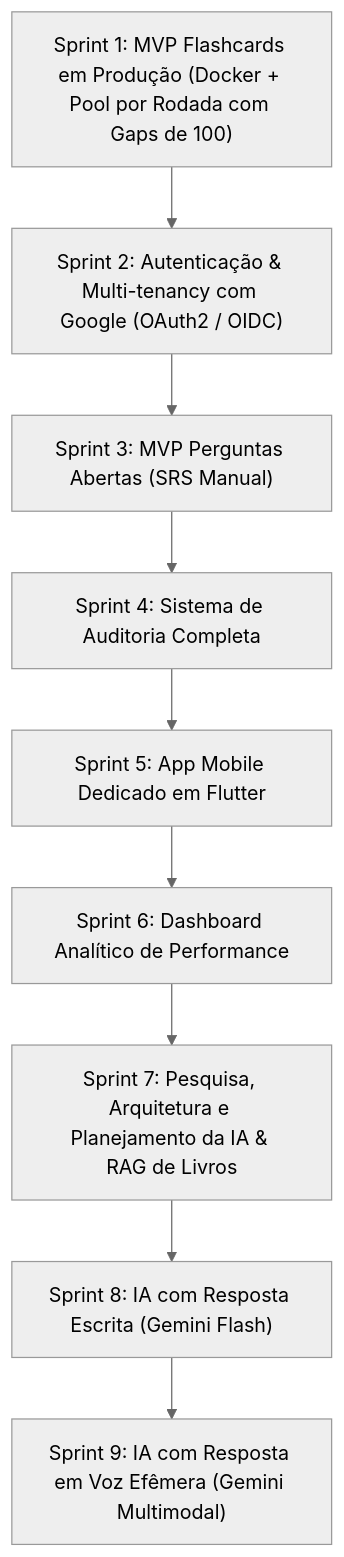
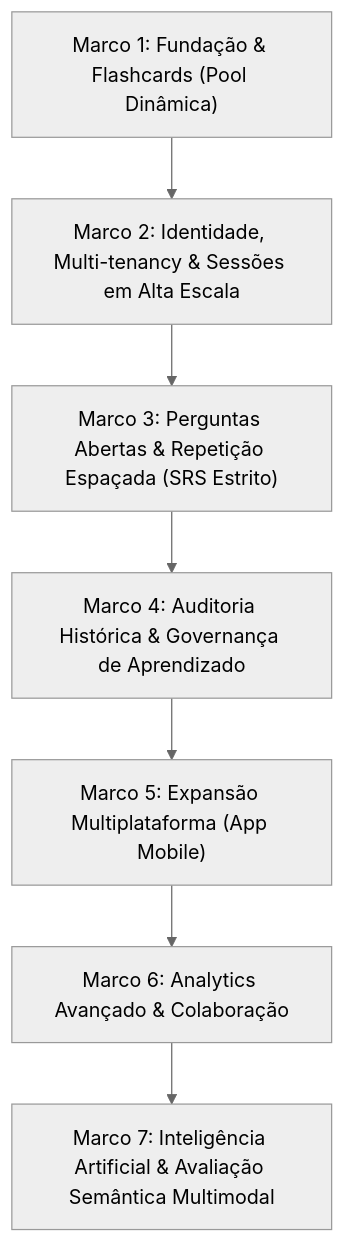
The fourth of 4 diagrams in PRD.md (gabrielffreitas94-commits/study_reviewer), drawn with Mermaid (neutral theme) before and after one commit. The commit also changed other lines of this file, not shown here.

Commit message:
docs(prd): update PRD to v7.0 with high-scale architecture and strategic product milestones

````diff
--- a/PRD.md
+++ b/PRD.md
@@ -241,11 +263,9 @@
 ```mermaid
 flowchart TD
-    S1["Sprint 1: MVP Flashcards em Produção (Docker + Pool por Rodada com Gaps de 100)"] --> S2["Sprint 2: Autenticação & Multi-tenancy com Google (OAuth2 / OIDC)"]
-    S2 --> S3["Sprint 3: MVP Perguntas Abertas (SRS Manual)"]
-    S3 --> S4["Sprint 4: Sistema de Auditoria Completa"]
-    S4 --> S5["Sprint 5: App Mobile Dedicado em Flutter"]
-    S5 --> S6["Sprint 6: Dashboard Analítico de Performance"]
-    S6 --> S7["Sprint 7: Pesquisa, Arquitetura e Planejamento da IA & RAG de Livros"]
-    S7 --> S8["Sprint 8: IA com Resposta Escrita (Gemini Flash)"]
-    S8 --> S9["Sprint 9: IA com Resposta em Voz Efêmera (Gemini Multimodal)"]
+    M1["Marco 1: Fundação & Flashcards (Pool Dinâmica)"] --> M2["Marco 2: Identidade, Multi-tenancy & Sessões em Alta Escala"]
+    M2 --> M3["Marco 3: Perguntas Abertas & Repetição Espaçada (SRS Estrito)"]
+    M3 --> M4["Marco 4: Auditoria Histórica & Governança de Aprendizado"]
+    M4 --> M5["Marco 5: Expansão Multiplataforma (App Mobile)"]
+    M5 --> M6["Marco 6: Analytics Avançado & Colaboração"]
+    M6 --> M7["Marco 7: Inteligência Artificial & Avaliação Semântica Multimodal"]
 ```
````
